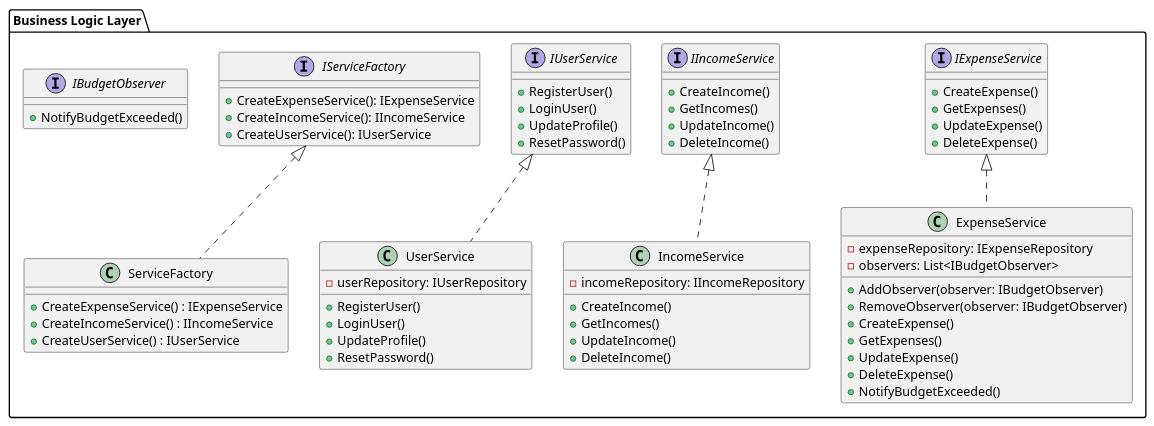
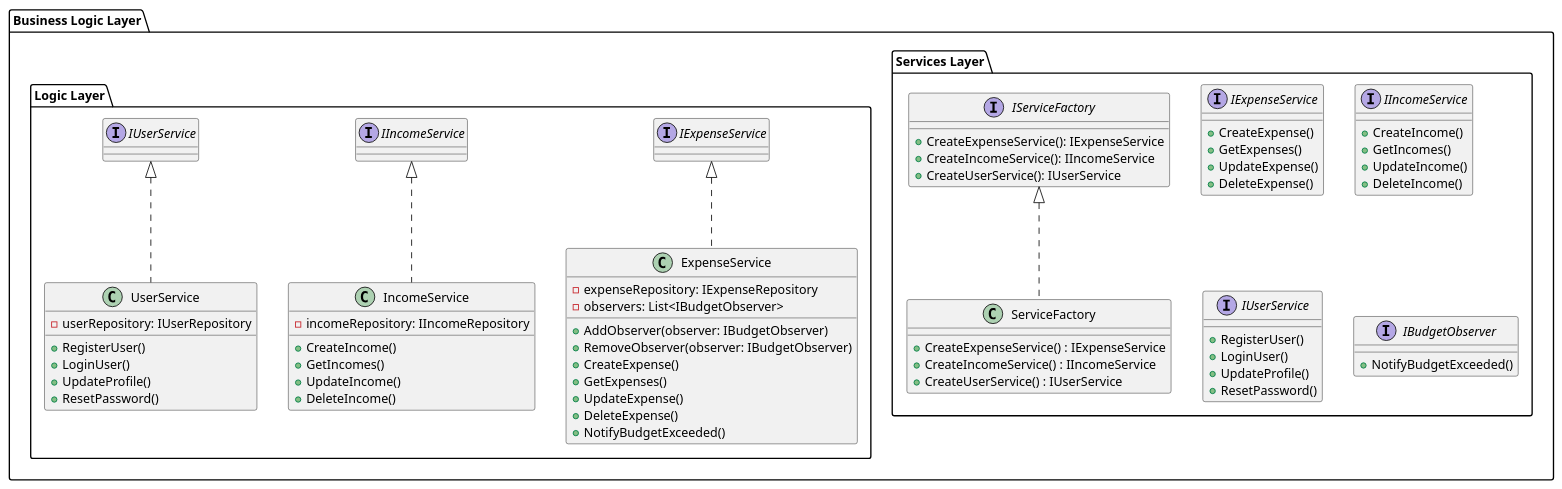
One commit to programacion-6/ExpenseTrackerGrupo2 changed the diagram in docs/uml/business-logic.puml. Above: the diagram before and after it, drawn with PlantUML.

Commit message:
docs: divide business layer into packages

```diff
--- a/docs/uml/business-logic.puml
+++ b/docs/uml/business-logic.puml
@@ -1,72 +1,76 @@
 @startuml Business
 
 package "Business Logic Layer" {
-    interface IExpenseService {
-        + CreateExpense()
-        + GetExpenses()
-        + UpdateExpense()
-        + DeleteExpense()
+    package "Services Layer" {
+            interface IExpenseService {
+            + CreateExpense()
+            + GetExpenses()
+            + UpdateExpense()
+            + DeleteExpense()
+        }
+
+            interface IIncomeService {
+            + CreateIncome()
+            + GetIncomes()
+            + UpdateIncome()
+            + DeleteIncome()
+        }
+
+        interface IUserService {
+            + RegisterUser()
+            + LoginUser()
+            + UpdateProfile()
+            + ResetPassword()
+        }
+
+        ' Applying Factory Pattern for Services
+        interface IServiceFactory {
+            + CreateExpenseService(): IExpenseService
+            + CreateIncomeService(): IIncomeService
+            + CreateUserService(): IUserService
+        }
+
+        class ServiceFactory implements IServiceFactory {
+            + CreateExpenseService() : IExpenseService
+            + CreateIncomeService() : IIncomeService
+            + CreateUserService() : IUserService
+        }
+
+        ' Observer pattern to notify about budget thresholds
+        interface IBudgetObserver {
+            + NotifyBudgetExceeded()
+        }
     }
 
-    interface IIncomeService {
-        + CreateIncome()
-        + GetIncomes()
-        + UpdateIncome()
-        + DeleteIncome()
-    }
+    package "Logic Layer" {
+        class ExpenseService implements IExpenseService {
+            - expenseRepository: IExpenseRepository
+            - observers: List<IBudgetObserver>
+            + AddObserver(observer: IBudgetObserver)
+            + RemoveObserver(observer: IBudgetObserver)
+            + CreateExpense()
+            + GetExpenses()
+            + UpdateExpense()
+            + DeleteExpense()
+            + NotifyBudgetExceeded()
+        }
 
-    interface IUserService {
-        + RegisterUser()
-        + LoginUser()
-        + UpdateProfile()
-        + ResetPassword()
-    }
+        class IncomeService implements IIncomeService {
+            - incomeRepository: IIncomeRepository
+            + CreateIncome()
+            + GetIncomes()
+            + UpdateIncome()
+            + DeleteIncome()
+        }
 
-    ' Applying Factory Pattern for Services
-    interface IServiceFactory {
-        + CreateExpenseService(): IExpenseService
-        + CreateIncomeService(): IIncomeService
-        + CreateUserService(): IUserService
-    }
-
-    class ServiceFactory implements IServiceFactory {
-        + CreateExpenseService() : IExpenseService
-        + CreateIncomeService() : IIncomeService
-        + CreateUserService() : IUserService
-    }
-
-    ' Observer pattern to notify about budget thresholds
-    interface IBudgetObserver {
-        + NotifyBudgetExceeded()
-    }
-
-    class ExpenseService implements IExpenseService {
-        - expenseRepository: IExpenseRepository
-        - observers: List<IBudgetObserver>
-        + AddObserver(observer: IBudgetObserver)
-        + RemoveObserver(observer: IBudgetObserver)
-        + CreateExpense()
-        + GetExpenses()
-        + UpdateExpense()
-        + DeleteExpense()
-        + NotifyBudgetExceeded()
-    }
-
-    class IncomeService implements IIncomeService {
-        - incomeRepository: IIncomeRepository
-        + CreateIncome()
-        + GetIncomes()
-        + UpdateIncome()
-        + DeleteIncome()
-    }
-
-    class UserService implements IUserService {
-        - userRepository: IUserRepository
-        + RegisterUser()
-        + LoginUser()
-        + UpdateProfile()
-        + ResetPassword()
+        class UserService implements IUserService {
+            - userRepository: IUserRepository
+            + RegisterUser()
+            + LoginUser()
+            + UpdateProfile()
+            + ResetPassword()
+        }
     }
 }
 
 @enduml
```
